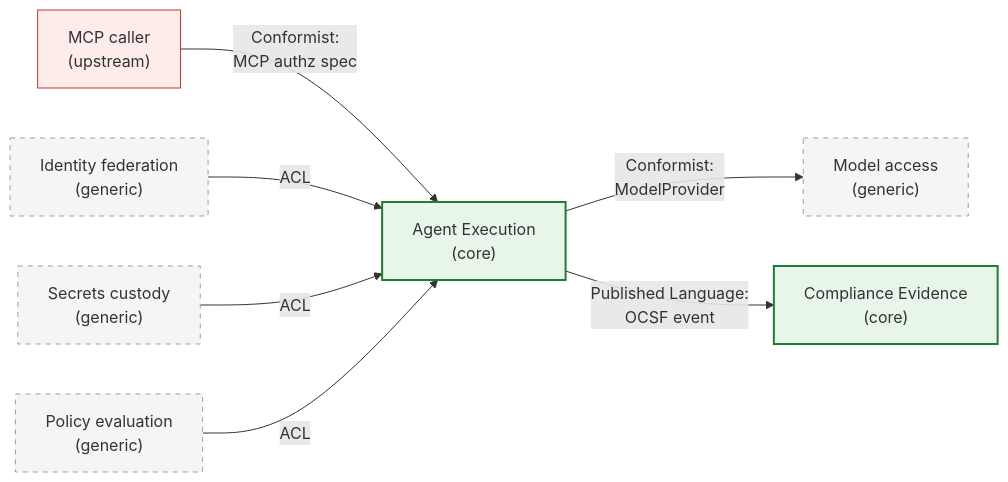
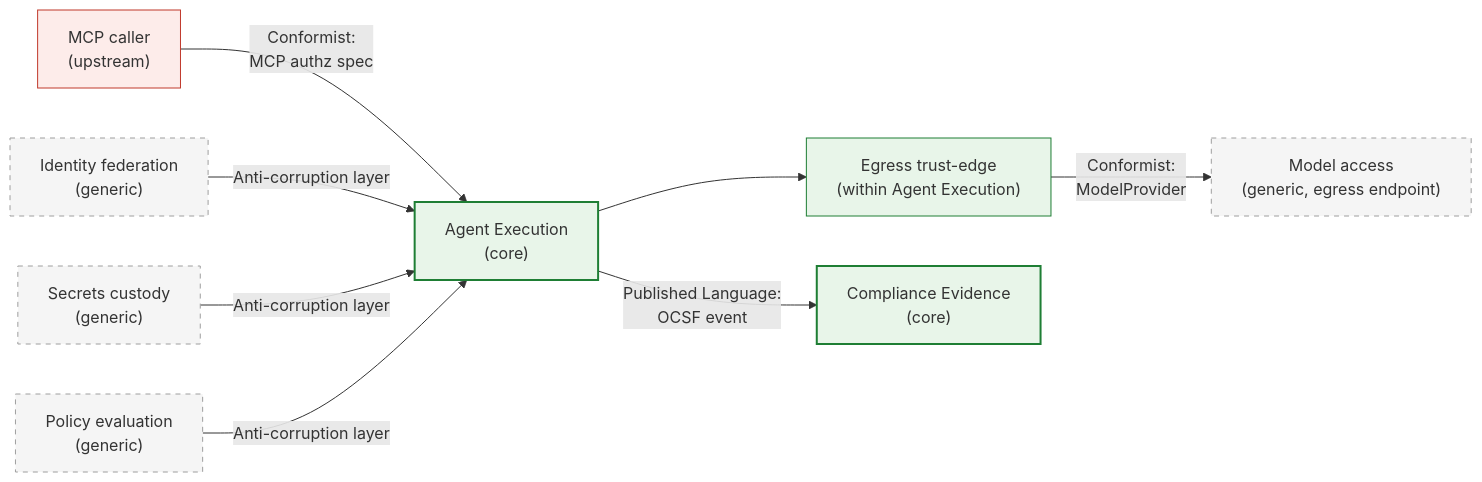
One commit to Wide-Moat/open-computer-use changed the second of 2 diagrams in docs/architecture/04-bounded-contexts.md. Above: the diagram before and after it, drawn with Mermaid. The commit also changed other lines of this file and 1 other file, not shown here.

Commit message:
docs(architecture): Layer 5 review batch — fix model-edge canon contradiction
Address gsd-code-reviewer findings on PR #167:

- CR-01 + WR-01: §3 no longer claims all four generic contexts are
  Layer 3 §3 actors. Only IdP and KMS are §3 actors; Model access is an
  outbound endpoint behind the egress policy ("not an actor against our
  contracts"); Policy evaluation is not drawn in Layer 3, introduced here.
- §4 context map reroutes the Model edge through the Egress trust-edge,
  matching the Layer 3 invariant that upstream traffic originates in the
  Compute plane and traverses the egress edge — never a direct context edge.
- WR-02: expand "ACL" to "Anti-corruption layer" in diagram labels; add
  Bounded context, Anti-corruption layer, Published Language to glossary.
- WR-03: align "OCSF events" → "OCSF event" across both diagrams; note §2
  shows only the core-to-core edge.
- WR-04: fix CLAUDE.md anchor to #v1-non-goals-locked-early.

````diff
--- a/docs/architecture/04-bounded-contexts.md
+++ b/docs/architecture/04-bounded-contexts.md
@@ -72,23 +74,26 @@
 ```mermaid
 flowchart LR
     IDF["Identity federation<br/>(generic)"]
     SEC["Secrets custody<br/>(generic)"]
     POL["Policy evaluation<br/>(generic)"]
-    MOD["Model access<br/>(generic)"]
+    MOD["Model access<br/>(generic, egress endpoint)"]
     MCP["MCP caller<br/>(upstream)"]
     AEX["Agent Execution<br/>(core)"]
+    EDGE["Egress trust-edge<br/>(within Agent Execution)"]
     CEV["Compliance Evidence<br/>(core)"]
     MCP -->|"Conformist:<br/>MCP authz spec"| AEX
-    IDF -->|"ACL"| AEX
-    SEC -->|"ACL"| AEX
-    POL -->|"ACL"| AEX
-    AEX -->|"Conformist:<br/>ModelProvider"| MOD
+    IDF -->|"Anti-corruption layer"| AEX
+    SEC -->|"Anti-corruption layer"| AEX
+    POL -->|"Anti-corruption layer"| AEX
+    AEX --> EDGE
+    EDGE -->|"Conformist:<br/>ModelProvider"| MOD
     AEX -->|"Published Language:<br/>OCSF event"| CEV
     style AEX fill:#e8f5e9,stroke:#1e7e34,stroke-width:2px
+    style EDGE fill:#e8f5e9,stroke:#1e7e34
     style CEV fill:#e8f5e9,stroke:#1e7e34,stroke-width:2px
     style MOD fill:#f5f5f5,stroke:#9e9e9e,stroke-dasharray:5 5
     style IDF fill:#f5f5f5,stroke:#9e9e9e,stroke-dasharray:5 5
     style SEC fill:#f5f5f5,stroke:#9e9e9e,stroke-dasharray:5 5
     style POL fill:#f5f5f5,stroke:#9e9e9e,stroke-dasharray:5 5
     style MCP fill:#fdecea,stroke:#c0392b
 ```
````
